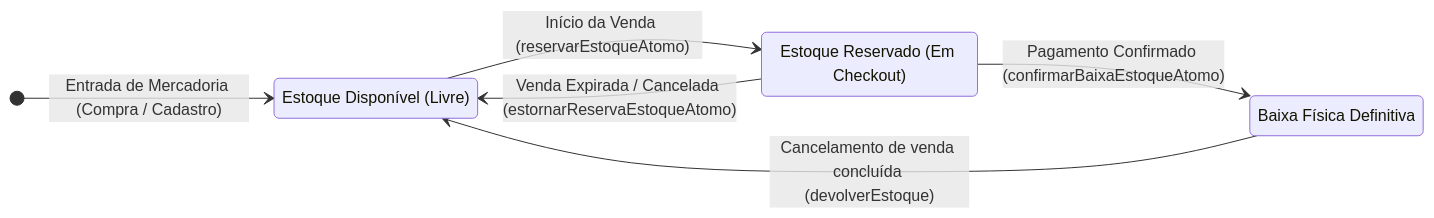
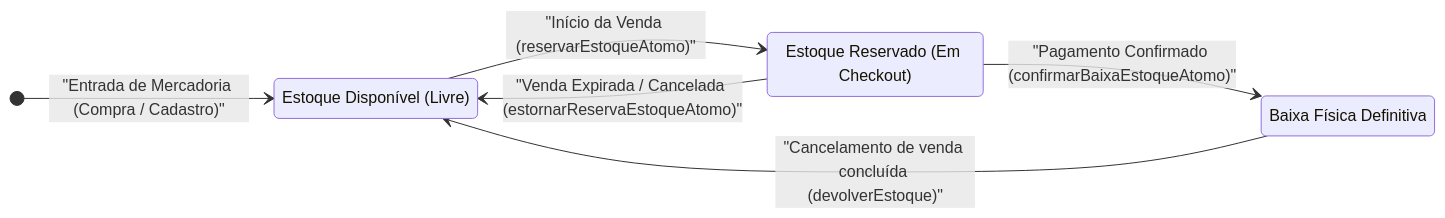
The first of 5 diagrams in docs/domains/inventory.md (iXDGabrielTK/petshop-microservices), drawn with Mermaid before and after one commit. The commit also changed other lines of this file and 3 other files, not shown here.

````diff
--- a/docs/domains/inventory.md
+++ b/docs/domains/inventory.md
@@ -27,13 +30,13 @@
 ```mermaid
 stateDiagram-v2
     direction LR
     state "Estoque Disponível (Livre)" as Livre
     state "Estoque Reservado (Em Checkout)" as Reservado
     state "Baixa Física Definitiva" as Vendido
 
-    [*] --> Livre: Entrada de Mercadoria (Compra / Cadastro)
-    Livre --> Reservado: Início da Venda (reservarEstoqueAtomo)
-    Reservado --> Vendido: Pagamento Confirmado (confirmarBaixaEstoqueAtomo)
-    Reservado --> Livre: Venda Expirada / Cancelada (estornarReservaEstoqueAtomo)
-    Vendido --> Livre: Cancelamento de venda concluída (devolverEstoque)
+    [*] --> Livre: "Entrada de Mercadoria (Compra / Cadastro)"
+    Livre --> Reservado: "Início da Venda (reservarEstoqueAtomo)"
+    Reservado --> Vendido: "Pagamento Confirmado (confirmarBaixaEstoqueAtomo)"
+    Reservado --> Livre: "Venda Expirada / Cancelada (estornarReservaEstoqueAtomo)"
+    Vendido --> Livre: "Cancelamento de venda concluída (devolverEstoque)"
 ```
````
